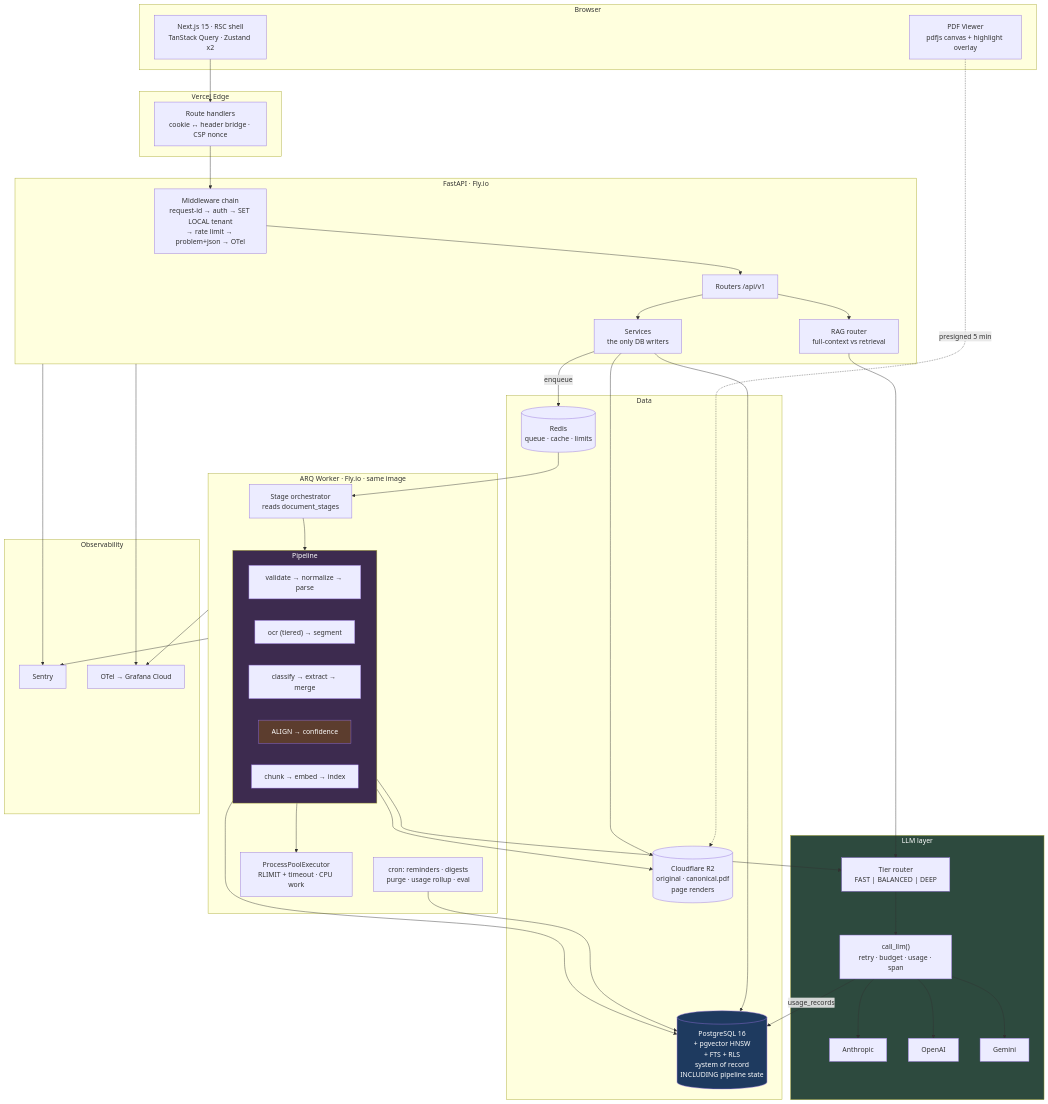
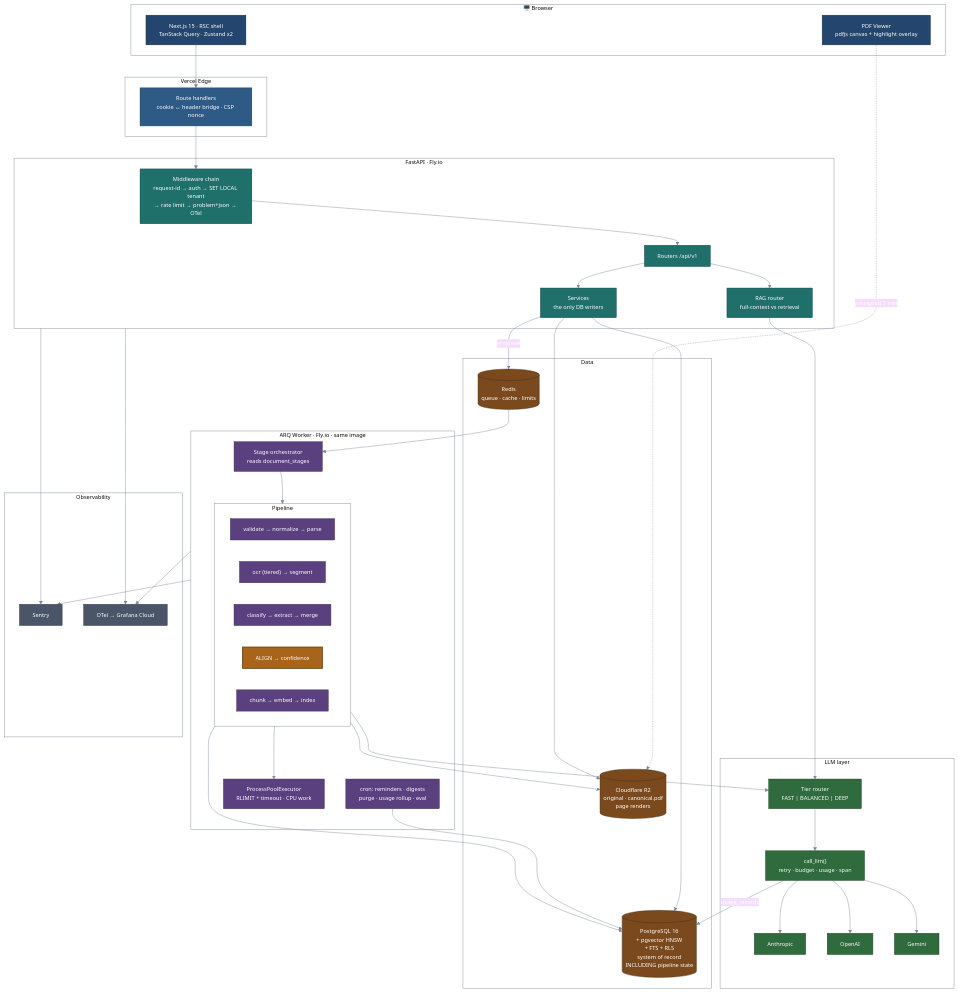
One commit to yiyi218218-crypto/DocFlow-AI changed the first of 2 diagrams in docs/90-appendices.md. Above: the diagram before and after it, drawn with Mermaid. The commit also changed other lines of this file and 9 other files, not shown here.

First line of the commit message:
docs: styled mermaid diagram set + parser gate

````diff
--- a/docs/90-appendices.md
+++ b/docs/90-appendices.md
@@ -87,6 +90,7 @@
 ```mermaid
+%%{init: {'theme':'base','themeVariables':{'fontFamily':'ui-sans-serif, system-ui, sans-serif','fontSize':'13px','lineColor':'#7C8798','primaryTextColor':'#ffffff','clusterBkg':'transparent','clusterBorder':'#7C8798'}}}%%
 flowchart TB
-    subgraph Client["Browser"]
+    subgraph Client["🖥️ Browser"]
         UI["Next.js 15 · RSC shell<br/>TanStack Query · Zustand x2"]
         VIEW["PDF Viewer<br/>pdfjs canvas + highlight overlay"]
     end
@@ -153,8 +157,21 @@
     API --> SEN & OTEL
     Worker --> SEN & OTEL
 
-    style PG fill:#1e3a5f,color:#fff
-    style Stages fill:#3d2b4f,color:#fff
-    style S4 fill:#5c3d2e,color:#fff
-    style AI fill:#2d4a3e,color:#fff
+    classDef client fill:#24466E,stroke:#16293F,color:#fff,stroke-width:1px
+    classDef edge   fill:#2E5A86,stroke:#1C3855,color:#fff,stroke-width:1px
+    classDef api    fill:#1F6F6B,stroke:#124542,color:#fff,stroke-width:1px
+    classDef work   fill:#5B4080,stroke:#392750,color:#fff,stroke-width:1px
+    classDef key    fill:#A8641A,stroke:#6B3F10,color:#fff,stroke-width:2px
+    classDef store  fill:#7A4A1E,stroke:#4C2E12,color:#fff,stroke-width:1px
+    classDef ai     fill:#2F6B3D,stroke:#1C4126,color:#fff,stroke-width:1px
+    classDef obs    fill:#4A5568,stroke:#2D3542,color:#fff,stroke-width:1px
+
+    class UI,VIEW client
+    class BFF edge
+    class MW,RT,SVC,RAG api
+    class ORCH,S1,S2,S3,S5,CRON,POOL work
+    class S4 key
+    class PG,RD,S3S store
+    class ROUTER,CALL,P1,P2,P3 ai
+    class SEN,OTEL obs
 ```
````
